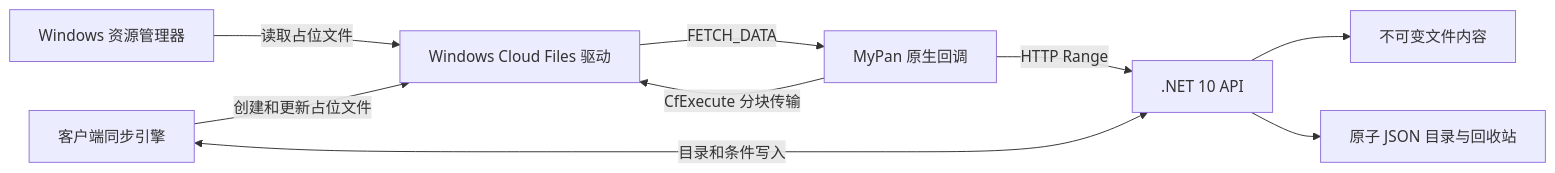
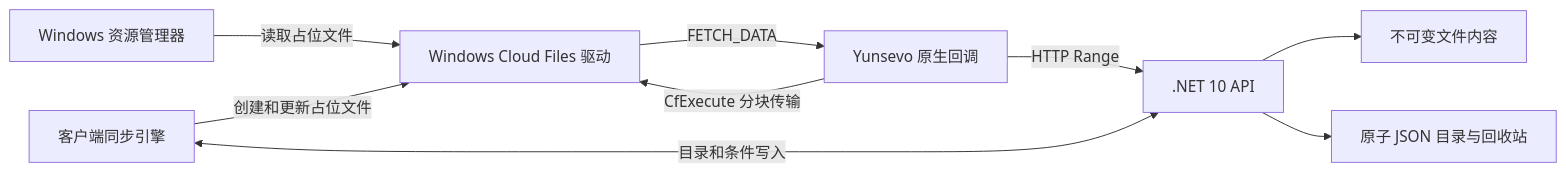
The diagram in docs/design.md (donet-org-cn/yunsevo), drawn with Mermaid before and after one commit. The commit also changed other lines of this file and 396 other files, not shown here.

````diff
--- a/docs/design.md
+++ b/docs/design.md
@@ -3,11 +3,11 @@
 ```mermaid
 flowchart LR
     Explorer[Windows 资源管理器] -->|读取占位文件| Filter[Windows Cloud Files 驱动]
-    Filter -->|FETCH_DATA| Provider[MyPan 原生回调]
+    Filter -->|FETCH_DATA| Provider[Yunsevo 原生回调]
     Provider -->|HTTP Range| API[.NET 10 API]
     API --> Blobs[不可变文件内容]
     Provider -->|CfExecute 分块传输| Filter
     Engine[客户端同步引擎] <-->|目录和条件写入| API
     Engine -->|创建和更新占位文件| Filter
     API --> Catalog[原子 JSON 目录与回收站]
 ```
````
